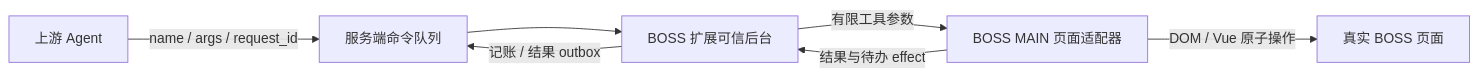
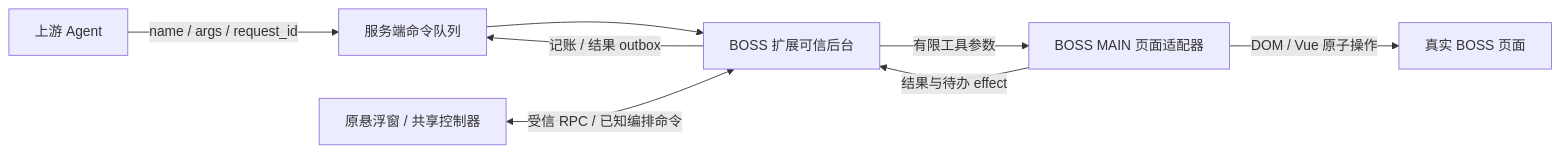
One commit to dayagu04/agent-agent-hr-tampermonkey changed the diagram in docs/extension-architecture.md. Above: the diagram before and after it, drawn with Mermaid. The commit also changed other lines of this file and 23 other files, not shown here.

````diff
--- a/docs/extension-architecture.md
+++ b/docs/extension-architecture.md
@@ -17,9 +19,10 @@
 ```mermaid
 flowchart LR
   A[上游 Agent] -->|name / args / request_id| S[服务端命令队列]
   S --> B[BOSS 扩展可信后台]
+  F[原悬浮窗 / 共享控制器] <-->|受信 RPC / 已知编排命令| B
   B -->|有限工具参数| P[BOSS MAIN 页面适配器]
   P -->|DOM / Vue 原子操作| W[真实 BOSS 页面]
   P -->|结果与待办 effect| B
   B -->|记账 / 结果 outbox| S
 ```
````
